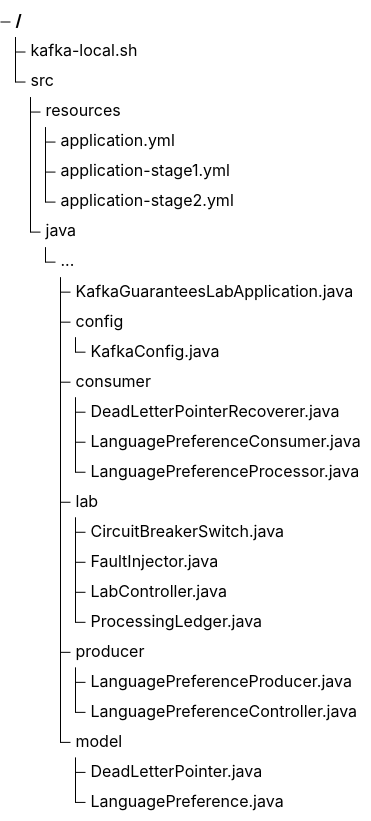
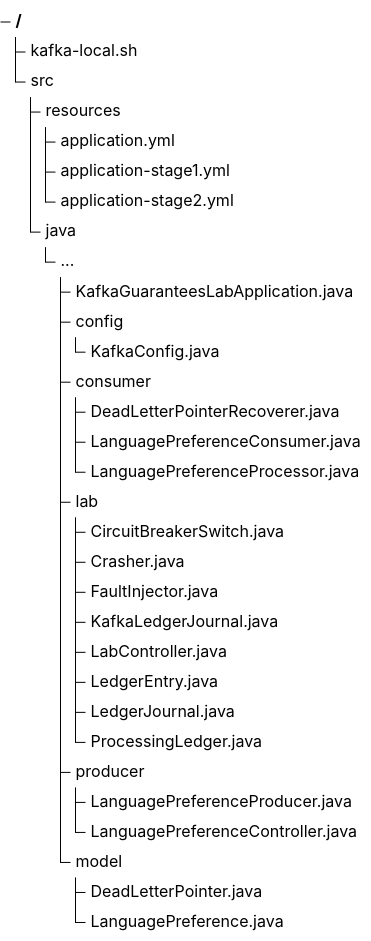
The fourth of 4 diagrams in README.md (bhanafee/KafkaGuaranteesLab), drawn with Mermaid before and after one commit. The commit also changed other lines of this file and 14 other files, not shown here.

First line of the commit message:
Keep the ledger in a Kafka topic and add crash faults

````diff
--- a/README.md
+++ b/README.md
@@ -782,29 +817,33 @@
 ```mermaid
 treeView-beta
     "kafka-local.sh"
     "src"
         "resources"
             "application.yml"
             "application-stage1.yml"
             "application-stage2.yml"
         "java"
             "..."
                 "KafkaGuaranteesLabApplication.java"
                 "config"
                     "KafkaConfig.java"
                 "consumer"
                     "DeadLetterPointerRecoverer.java"
                     "LanguagePreferenceConsumer.java"
                     "LanguagePreferenceProcessor.java"
                 "lab"
                     "CircuitBreakerSwitch.java"
+                    "Crasher.java"
                     "FaultInjector.java"
+                    "KafkaLedgerJournal.java"
                     "LabController.java"
+                    "LedgerEntry.java"
+                    "LedgerJournal.java"
                     "ProcessingLedger.java"
                 "producer"
                     "LanguagePreferenceProducer.java"
                     "LanguagePreferenceController.java"
                 "model"
                     "DeadLetterPointer.java"
                     "LanguagePreference.java"
 ```
````
